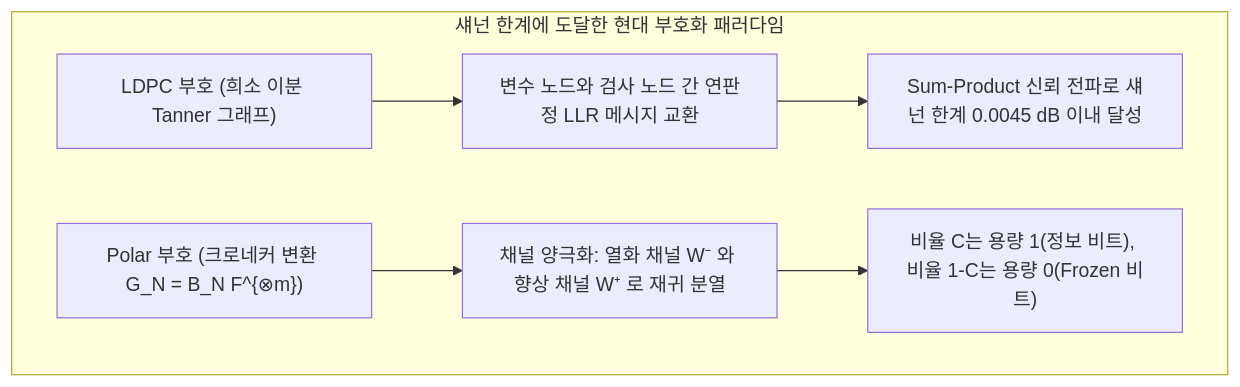
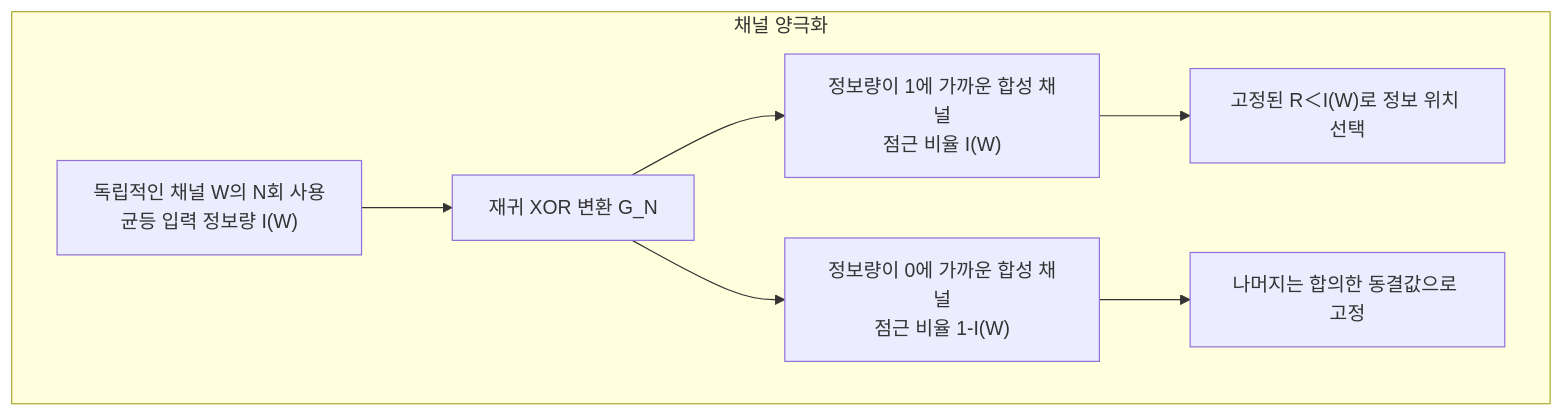
Before and after one commit to kenjinote/blog: the fourth of 4 diagrams in content/post/error-correcting-codes-hamming-reed-solomon-ldpc-shannon-capacity-information-theory/index.ko.md, drawn with Mermaid. The commit also changed other lines of this file and 14 other files, not shown here.

````diff
--- a/content/post/error-correcting-codes-hamming-reed-solomon-ldpc-shannon-capacity-information-theory/index.ko.md
+++ b/content/post/error-correcting-codes-hamming-reed-solomon-ldpc-shannon-capacity-information-theory/index.ko.md
@@ -141,9 +508,10 @@
 ```mermaid
 flowchart TD
-    subgraph ModernCodes["섀넌 한계에 도달한 현대 부호화 패러다임"]
-        L1["LDPC 부호 (희소 이분 Tanner 그래프)"] --> L2["변수 노드와 검사 노드 간 연판정 LLR 메시지 교환"]
-        L2 --> L3["Sum-Product 신뢰 전파로 섀넌 한계 0.0045 dB 이내 달성"]
-        P1["Polar 부호 (크로네커 변환 G_N = B_N F^{⊗m})"] --> P2["채널 양극화: 열화 채널 W⁻ 와 향상 채널 W⁺ 로 재귀 분열"]
-        P2 --> P3["비율 C는 용량 1(정보 비트), 비율 1-C는 용량 0(Frozen 비트)"]
+    subgraph Polar["채널 양극화"]
+        W["독립적인 채널 W의 N회 사용<br/>균등 입력 정보량 I(W)"] --> Kron["재귀 XOR 변환 G_N"]
+        Kron --> Good["정보량이 1에 가까운 합성 채널<br/>점근 비율 I(W)"]
+        Kron --> Bad["정보량이 0에 가까운 합성 채널<br/>점근 비율 1-I(W)"]
+        Good --> Info["고정된 R＜I(W)로 정보 위치 선택"]
+        Bad --> Frozen["나머지는 합의한 동결값으로 고정"]
     end
 ```
````
